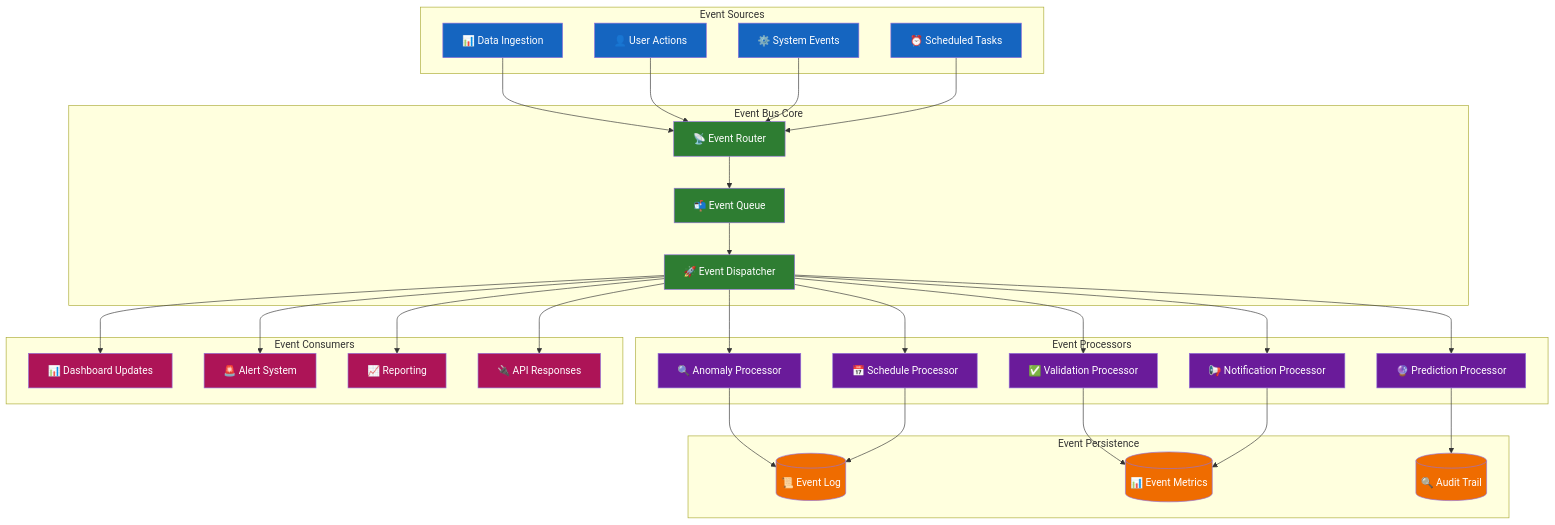
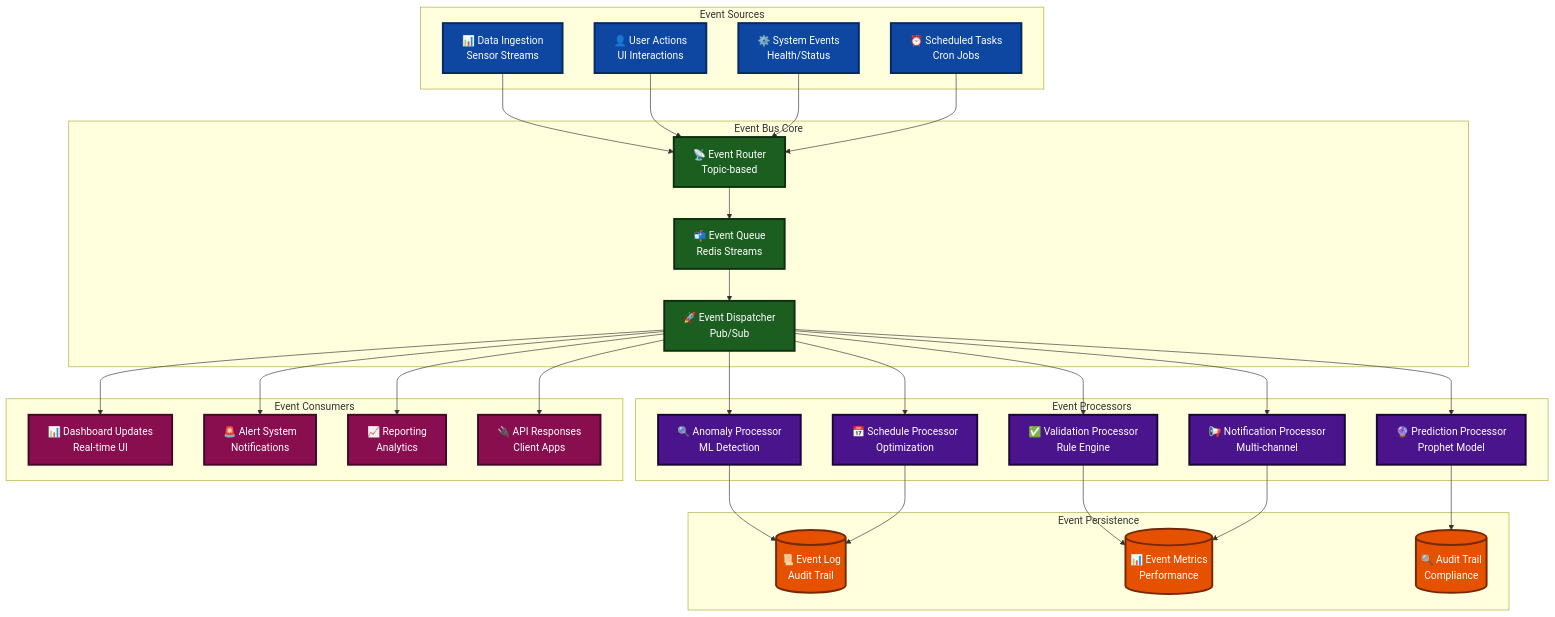
One commit to YanCotta/enterprise_challenge_sprint_1_hermes_reply changed diagram 22 of 25 in smart-maintenance-saas/docs/SYSTEM_AND_ARCHITECTURE.md. Above: the diagram before and after it, drawn with Mermaid. The commit also changed other lines of this file, not shown here.

Commit message:
Add comprehensive system diagrams with darker colors for better visibility

````diff
--- a/smart-maintenance-saas/docs/SYSTEM_AND_ARCHITECTURE.md
+++ b/smart-maintenance-saas/docs/SYSTEM_AND_ARCHITECTURE.md
@@ -938,73 +1555,73 @@
 ```mermaid
 graph TD
     subgraph "Event Sources"
-        DATA_IN[📊 Data Ingestion]
-        USER_ACTION[👤 User Actions]
-        SYSTEM_EVENT[⚙️ System Events]
-        TIMER[⏰ Scheduled Tasks]
+        DATA_IN[📊 Data Ingestion<br/>Sensor Streams]
+        USER_ACTION[👤 User Actions<br/>UI Interactions]
+        SYSTEM_EVENT[⚙️ System Events<br/>Health/Status]
+        TIMER[⏰ Scheduled Tasks<br/>Cron Jobs]
     end
 
     subgraph "Event Bus Core"
-        ROUTER[📡 Event Router]
-        QUEUE[📬 Event Queue]
-        DISPATCH[🚀 Event Dispatcher]
+        ROUTER[📡 Event Router<br/>Topic-based]
+        QUEUE[📬 Event Queue<br/>Redis Streams]
+        DISPATCH[🚀 Event Dispatcher<br/>Pub/Sub]
     end
 
     subgraph "Event Processors"
-        ANOMALY_PROC[🔍 Anomaly Processor]
-        VALIDATION_PROC[✅ Validation Processor]
-        PREDICTION_PROC[🔮 Prediction Processor]
-        SCHEDULE_PROC[📅 Schedule Processor]
-        NOTIFY_PROC[📢 Notification Processor]
+        ANOMALY_PROC[🔍 Anomaly Processor<br/>ML Detection]
+        VALIDATION_PROC[✅ Validation Processor<br/>Rule Engine]
+        PREDICTION_PROC[🔮 Prediction Processor<br/>Prophet Model]
+        SCHEDULE_PROC[📅 Schedule Processor<br/>Optimization]
+        NOTIFY_PROC[📢 Notification Processor<br/>Multi-channel]
     end
 
     subgraph "Event Persistence"
-        EVENT_LOG[(📜 Event Log)]
-        METRICS[(📊 Event Metrics)]
-        AUDIT[(🔍 Audit Trail)]
+        EVENT_LOG[(📜 Event Log<br/>Audit Trail)]
+        METRICS[(📊 Event Metrics<br/>Performance)]
+        AUDIT[(🔍 Audit Trail<br/>Compliance)]
     end
 
     subgraph "Event Consumers"
-        DASHBOARD_SUB[📊 Dashboard Updates]
-        ALERT_SUB[🚨 Alert System]
-        REPORT_SUB[📈 Reporting]
-        API_SUB[🔌 API Responses]
+        DASHBOARD_SUB[📊 Dashboard Updates<br/>Real-time UI]
+        ALERT_SUB[🚨 Alert System<br/>Notifications]
+        REPORT_SUB[📈 Reporting<br/>Analytics]
+        API_SUB[🔌 API Responses<br/>Client Apps]
     end
 
     DATA_IN --> ROUTER
     USER_ACTION --> ROUTER
     SYSTEM_EVENT --> ROUTER
     TIMER --> ROUTER
 
     ROUTER --> QUEUE
     QUEUE --> DISPATCH
 
     DISPATCH --> ANOMALY_PROC
     DISPATCH --> VALIDATION_PROC
     DISPATCH --> PREDICTION_PROC
     DISPATCH --> SCHEDULE_PROC
     DISPATCH --> NOTIFY_PROC
 
     ANOMALY_PROC --> EVENT_LOG
     VALIDATION_PROC --> METRICS
     PREDICTION_PROC --> AUDIT
     SCHEDULE_PROC --> EVENT_LOG
     NOTIFY_PROC --> METRICS
 
     DISPATCH --> DASHBOARD_SUB
     DISPATCH --> ALERT_SUB
     DISPATCH --> REPORT_SUB
     DISPATCH --> API_SUB
 
-    classDef source fill:#1565C0,color:#ffffff
-    classDef core fill:#2E7D32,color:#ffffff
-    classDef processor fill:#6A1B9A,color:#ffffff
-    classDef persistence fill:#EF6C00,color:#ffffff
-    classDef consumer fill:#AD1457,color:#ffffff
+    classDef source fill:#0D47A1,color:#ffffff,stroke:#062a5e,stroke-width:3px
+    classDef core fill:#1B5E20,color:#ffffff,stroke:#0d2f10,stroke-width:3px
+    classDef processor fill:#4A148C,color:#ffffff,stroke:#1a0632,stroke-width:3px
+    classDef persistence fill:#E65100,color:#ffffff,stroke:#732800,stroke-width:3px
+    classDef consumer fill:#880E4F,color:#ffffff,stroke:#440727,stroke-width:3px
 
     class DATA_IN,USER_ACTION,SYSTEM_EVENT,TIMER source
     class ROUTER,QUEUE,DISPATCH core
     class ANOMALY_PROC,VALIDATION_PROC,PREDICTION_PROC,SCHEDULE_PROC,NOTIFY_PROC processor
     class EVENT_LOG,METRICS,AUDIT persistence
     class DASHBOARD_SUB,ALERT_SUB,REPORT_SUB,API_SUB consumer
 ```
````
